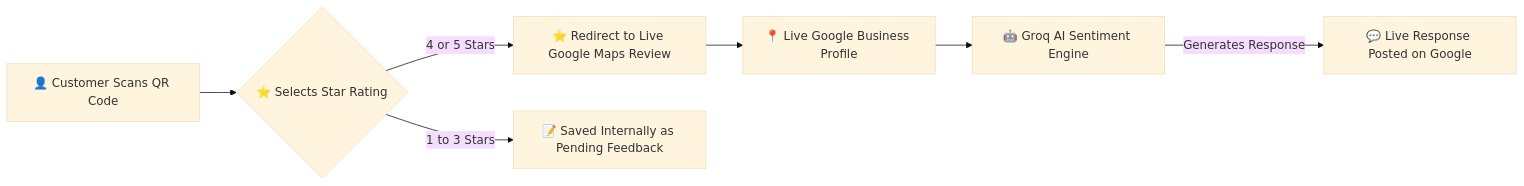
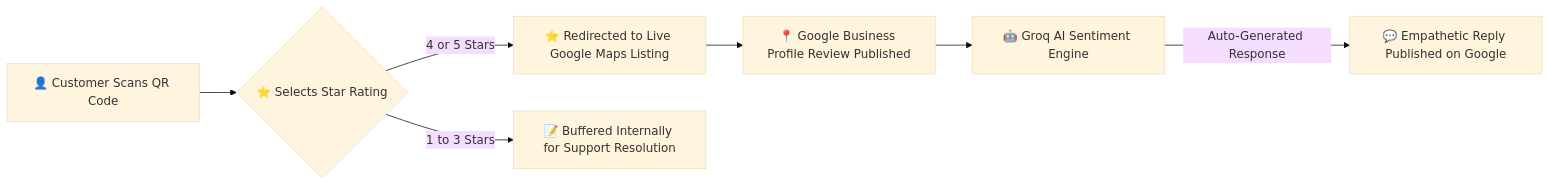
One commit to SarveshBhoite/whatsappautomation changed the third of 3 diagrams in README.md. Above: the diagram before and after it, drawn with Mermaid (base theme). The commit also changed other lines of this file, not shown here.

````diff
--- a/README.md
+++ b/README.md
@@ -96,10 +201,10 @@
 ```mermaid
 flowchart LR
     Customer["👤 Customer Scans QR Code"] --> Funnel{"⭐ Selects Star Rating"}
-    Funnel -->|4 or 5 Stars| GoogleMaps["⭐ Redirect to Live Google Maps Review"]
-    Funnel -->|1 to 3 Stars| InternalForm["📝 Saved Internally as Pending Feedback"]
+    Funnel -->|4 or 5 Stars| GoogleMaps["⭐ Redirected to Live Google Maps Listing"]
+    Funnel -->|1 to 3 Stars| InternalQueue["📝 Buffered Internally for Support Resolution"]
     
-    GoogleMaps --> LiveGMB["📍 Live Google Business Profile"]
+    GoogleMaps --> LiveGMB["📍 Google Business Profile Review Published"]
     LiveGMB --> GroqAI["🤖 Groq AI Sentiment Engine"]
-    GroqAI -->|Generates Response| AutoReply["💬 Live Response Posted on Google"]
+    GroqAI -->|Auto-Generated Response| AutoReply["💬 Empathetic Reply Published on Google"]
 ```
````
